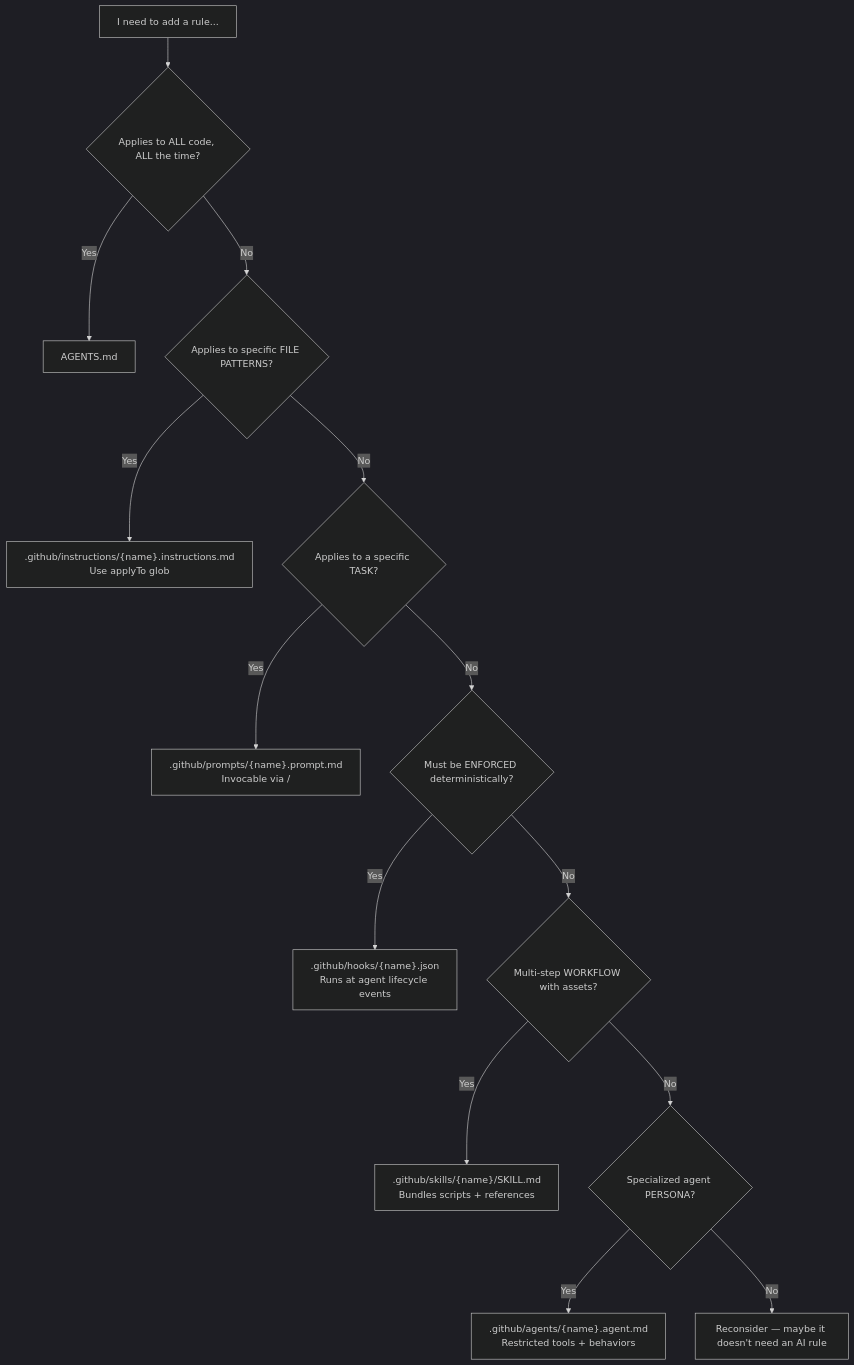
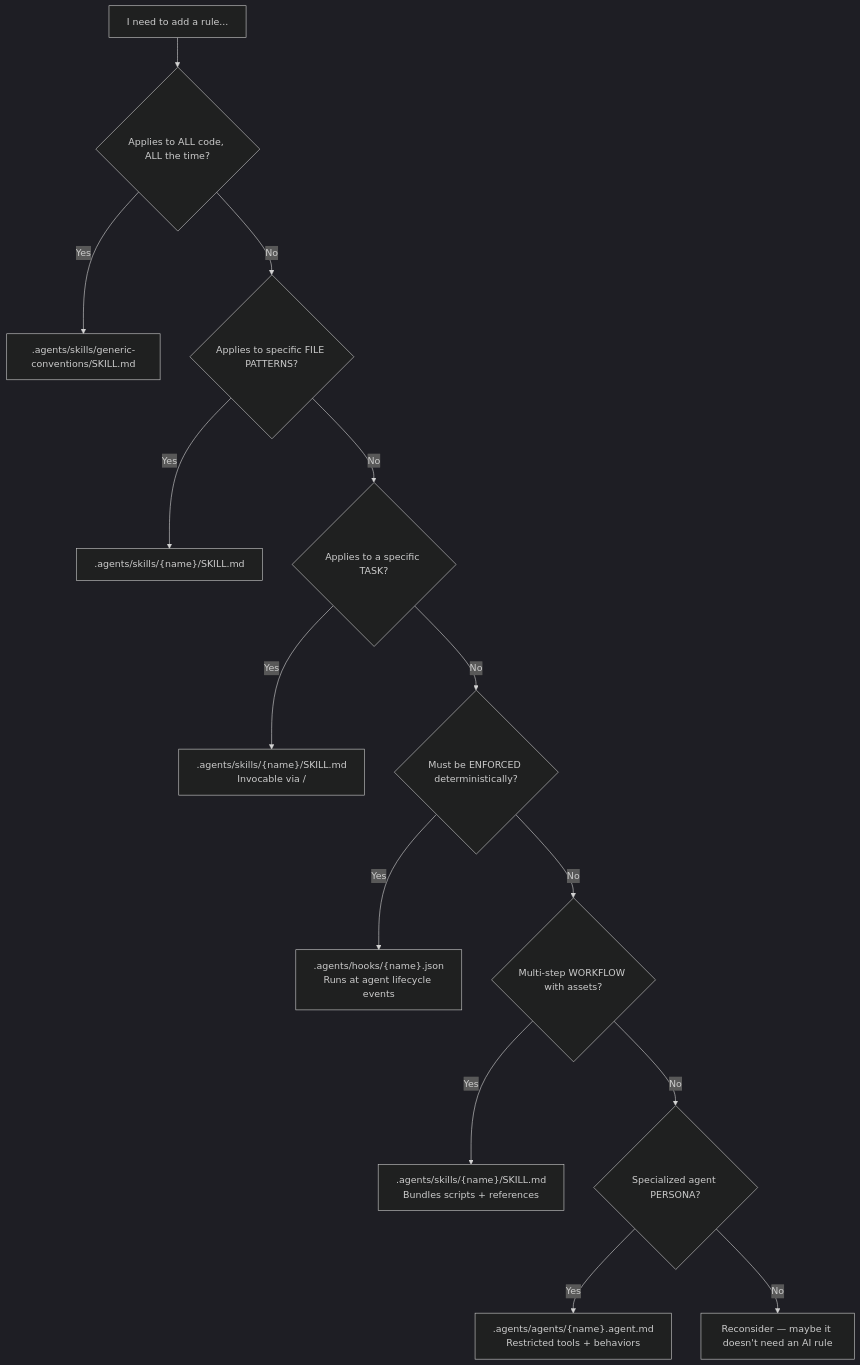
The diagram in USAGE.md (jtmb/ingenium), drawn with Mermaid (dark theme) before and after one commit. The commit also changed other lines of this file and 52 other files, not shown here.

First line of the commit message:
refactor(AGENTS.md): migrate to skill-system index entry point

````diff
--- a/USAGE.md
+++ b/USAGE.md
@@ -79,16 +79,16 @@
 ```mermaid
 graph TD
     START[I need to add a rule...] --> Q1{Applies to ALL code, ALL the time?}
-    Q1 -->|Yes| AGENTS[AGENTS.md]
+    Q1 -->|Yes| GENERIC[".agents/skills/generic-conventions/SKILL.md"]
     Q1 -->|No| Q2{Applies to specific FILE PATTERNS?}
-    Q2 -->|Yes| INSTR[".github/instructions/{name}.instructions.md\nUse applyTo glob"]
+    Q2 -->|Yes| SKILL[".agents/skills/{name}/SKILL.md"]
     Q2 -->|No| Q3{Applies to a specific TASK?}
-    Q3 -->|Yes| PROMPT[".github/prompts/{name}.prompt.md\nInvocable via /"]
+    Q3 -->|Yes| TASKSKILL[".agents/skills/{name}/SKILL.md\nInvocable via /"]
     Q3 -->|No| Q4{Must be ENFORCED deterministically?}
-    Q4 -->|Yes| HOOK[".github/hooks/{name}.json\nRuns at agent lifecycle events"]
+    Q4 -->|Yes| HOOK[".agents/hooks/{name}.json\nRuns at agent lifecycle events"]
     Q4 -->|No| Q5{Multi-step WORKFLOW with assets?}
-    Q5 -->|Yes| SKILL[".github/skills/{name}/SKILL.md\nBundles scripts + references"]
+    Q5 -->|Yes| COMPLEXSKILL[".agents/skills/{name}/SKILL.md\nBundles scripts + references"]
     Q5 -->|No| Q6{Specialized agent PERSONA?}
-    Q6 -->|Yes| AGENT[".github/agents/{name}.agent.md\nRestricted tools + behaviors"]
+    Q6 -->|Yes| AGENT[".agents/agents/{name}.agent.md\nRestricted tools + behaviors"]
     Q6 -->|No| RECONSIDER[Reconsider — maybe it doesn't need an AI rule]
 ```
````
